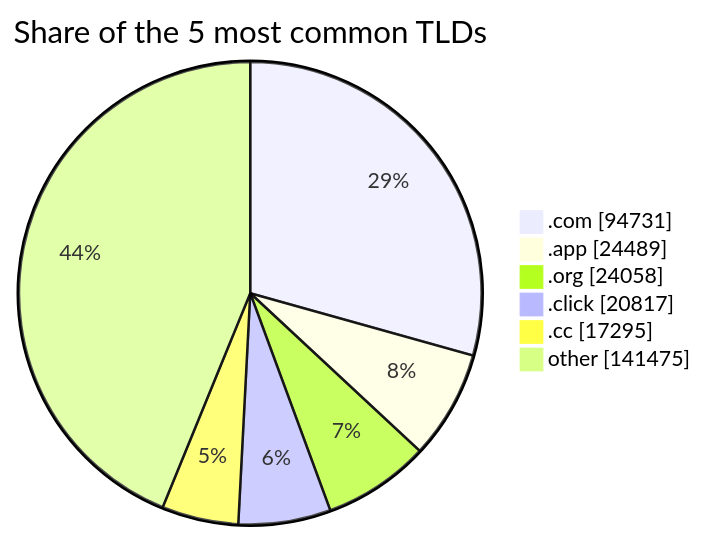
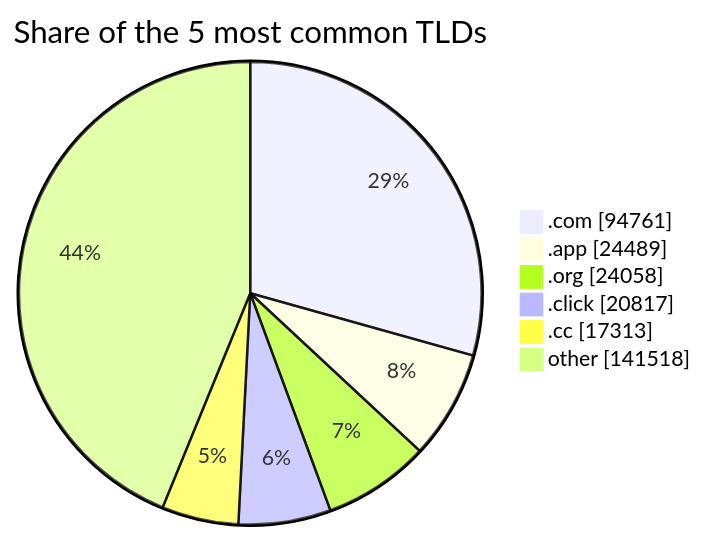
One commit to DNSBunker/CTI changed the third of 3 diagrams in README.md. Above: the diagram before and after it, drawn with Mermaid. The commit also changed other lines of this file and 3 other files, not shown here.

````diff
--- a/README.md
+++ b/README.md
@@ -81,9 +81,9 @@
 ```mermaid
 pie showData title Share of the 5 most common TLDs
-    ".com" : 94731
+    ".com" : 94761
     ".app" : 24489
     ".org" : 24058
     ".click" : 20817
-    ".cc" : 17295
-    "other" : 141475
+    ".cc" : 17313
+    "other" : 141518
 ```
````
